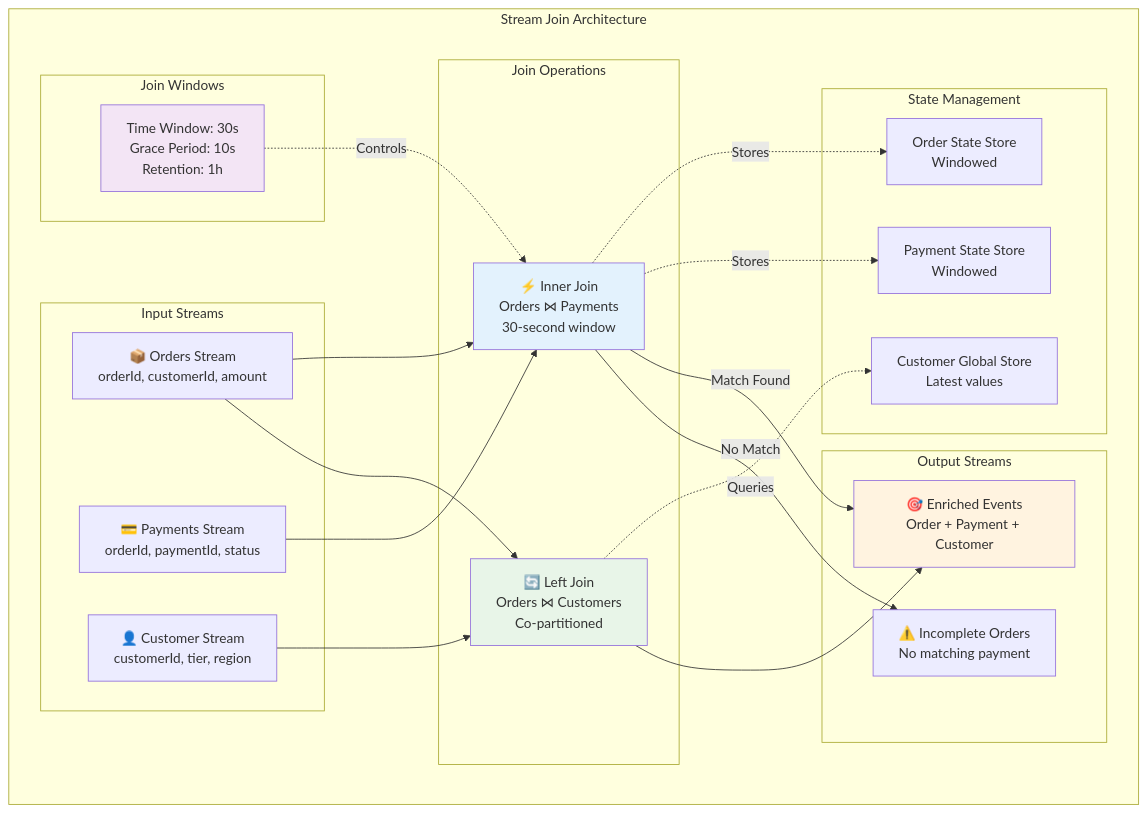
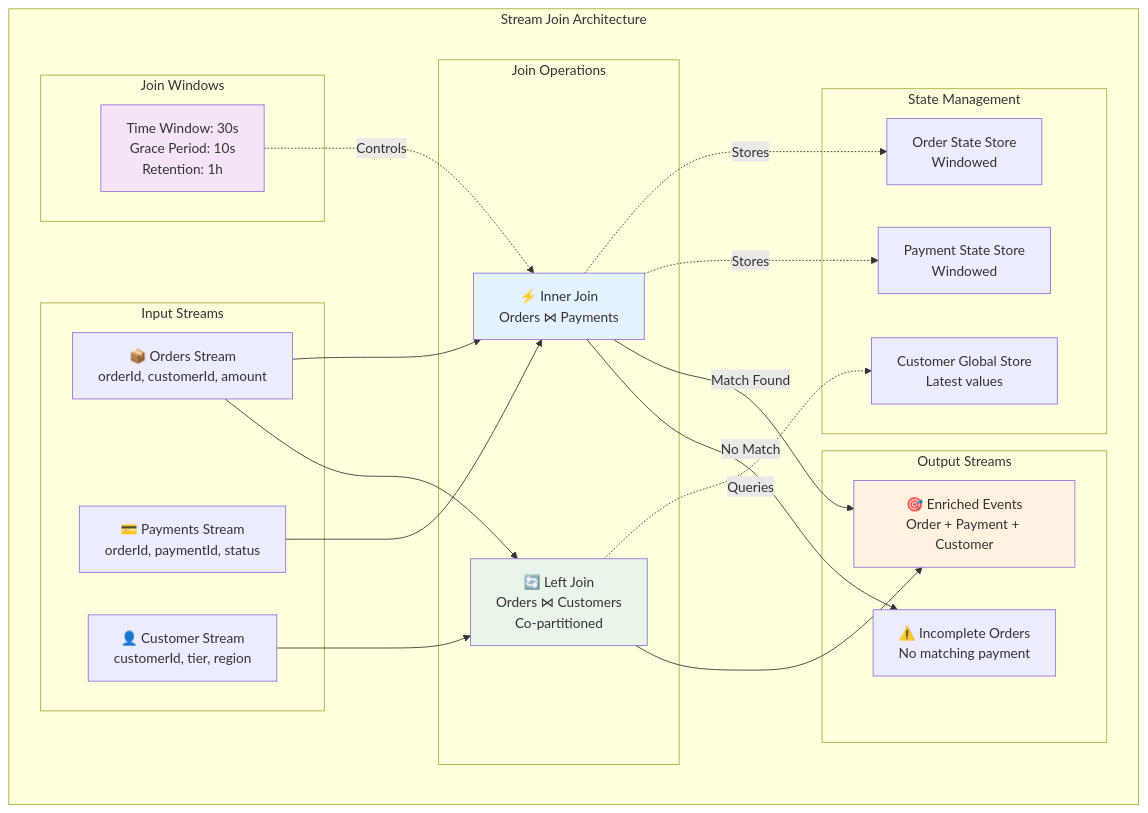
The second of 2 diagrams in class/modules/lesson_15/concept.md (vorrawut/KafkaStarter), drawn with Mermaid before and after one commit. The commit also changed 140 other files, not shown here.

````diff
--- a/class/modules/lesson_15/concept.md
+++ b/class/modules/lesson_15/concept.md
@@ -338,50 +338,50 @@
 ```mermaid
 graph TB
     subgraph "Stream Join Architecture"
         subgraph "Input Streams"
             ORDERS[📦 Orders Stream<br/>orderId, customerId, amount]
             PAYMENTS[💳 Payments Stream<br/>orderId, paymentId, status]
             CUSTOMERS[👤 Customer Stream<br/>customerId, tier, region]
         end
         
         subgraph "Join Operations"
-            INNER[⚡ Inner Join<br/>Orders ⋈ Payments<br/>30-second window]
+            INNER[⚡ Inner Join<br/>Orders ⋈ Payments<br/&gt;30-second window]
             LEFT[🔄 Left Join<br/>Orders ⋈ Customers<br/>Co-partitioned]
         end
         
         subgraph "State Management"
             ORDER_STORE[Order State Store<br/>Windowed]
             PAYMENT_STORE[Payment State Store<br/>Windowed]
             CUSTOMER_STORE[Customer Global Store<br/>Latest values]
         end
         
         subgraph "Output Streams"
             ENRICHED[🎯 Enriched Events<br/>Order + Payment + Customer]
             INCOMPLETE[⚠️ Incomplete Orders<br/>No matching payment]
         end
         
         subgraph "Join Windows"
             WINDOW[Time Window: 30s<br/>Grace Period: 10s<br/>Retention: 1h]
         end
     end
     
     ORDERS --> INNER
     PAYMENTS --> INNER
     ORDERS --> LEFT
     CUSTOMERS --> LEFT
     
     INNER -.->|Stores| ORDER_STORE
     INNER -.->|Stores| PAYMENT_STORE
     LEFT -.->|Queries| CUSTOMER_STORE
     
     INNER -->|Match Found| ENRICHED
     INNER -->|No Match| INCOMPLETE
     LEFT --> ENRICHED
     
     WINDOW -.->|Controls| INNER
     
     style INNER fill:#e3f2fd
     style LEFT fill:#e8f5e8
     style ENRICHED fill:#fff3e0
     style WINDOW fill:#f3e5f5
 ```
````
